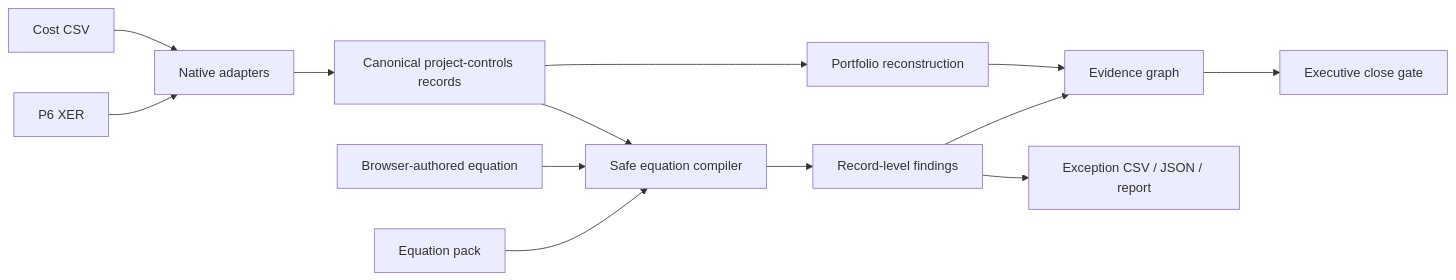
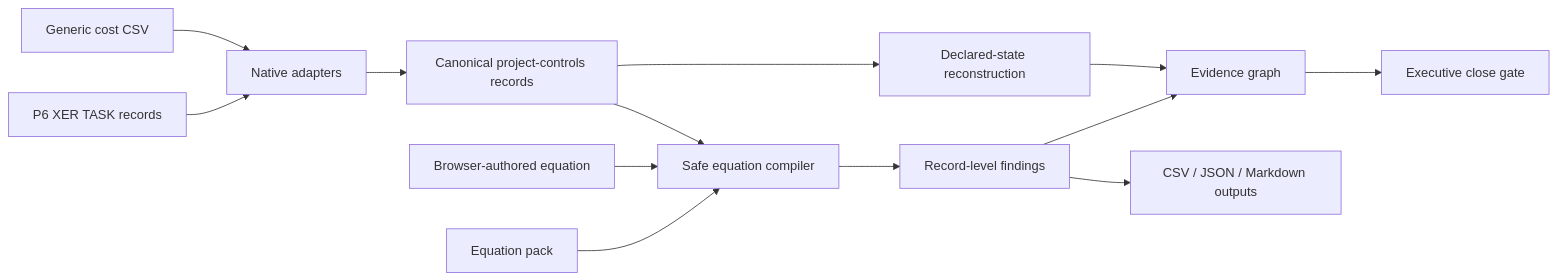
The diagram in docs/PRODUCT_ARCHITECTURE.md (FlorianStuettgen/EQ-Proof), drawn with Mermaid before and after one commit. The commit also changed other lines of this file and 36 other files, not shown here.

````diff
--- a/docs/PRODUCT_ARCHITECTURE.md
+++ b/docs/PRODUCT_ARCHITECTURE.md
@@ -41,15 +44,15 @@
 ```mermaid
 flowchart LR
-    P6[P6 XER] --> A[Native adapters]
-    COST[Cost CSV] --> A
+    P6[P6 XER TASK records] --> A[Native adapters]
+    COST[Generic cost CSV] --> A
     PACK[Equation pack] --> E[Safe equation compiler]
     UI[Browser-authored equation] --> E
     A --> N[Canonical project-controls records]
     N --> E
     E --> R[Record-level findings]
-    N --> X[Portfolio reconstruction]
+    N --> X[Declared-state reconstruction]
     R --> G[Evidence graph]
     X --> G
     G --> C[Executive close gate]
-    R --> O[Exception CSV / JSON / report]
+    R --> O[CSV / JSON / Markdown outputs]
 ```
````
